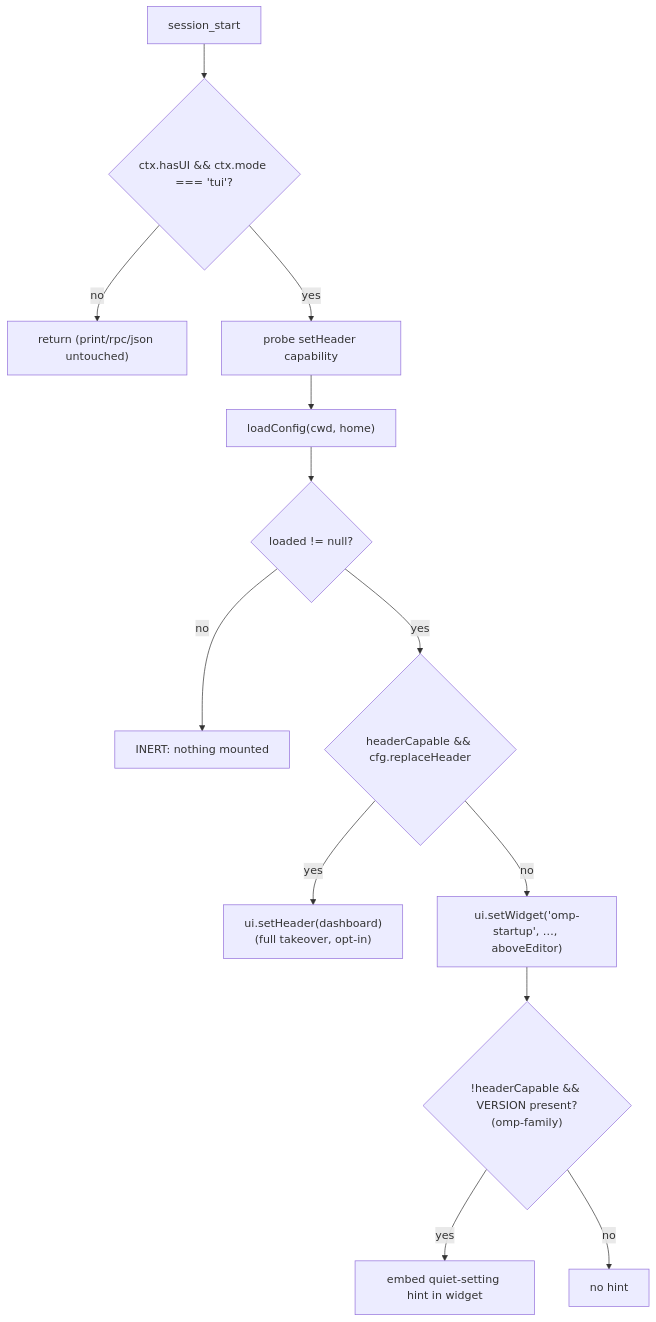
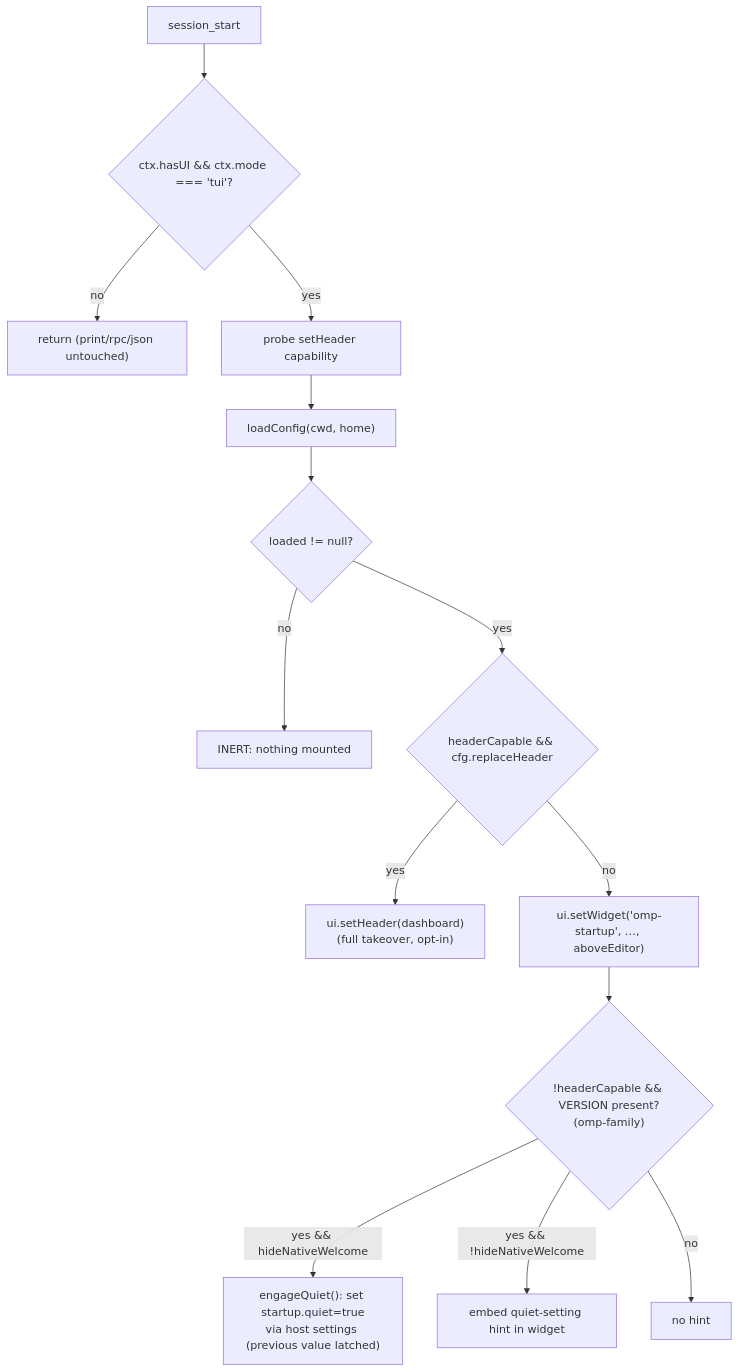
The second of 5 diagrams in docs/ARCHITECTURE.md (zhulinchng/omp-startup), drawn with Mermaid before and after one commit. The commit also changed other lines of this file and 10 other files, not shown here.

````diff
--- a/docs/ARCHITECTURE.md
+++ b/docs/ARCHITECTURE.md
@@ -111,15 +115,16 @@
 ```mermaid
 flowchart TD
     A["session_start"] --> B{"ctx.hasUI && ctx.mode === 'tui'?"}
     B -- no --> Z["return (print/rpc/json untouched)"]
     B -- yes --> C["probe setHeader capability"]
     C --> D["loadConfig(cwd, home)"]
     D --> E{"loaded != null?"}
     E -- no --> Z2["INERT: nothing mounted"]
     E -- yes --> F{"headerCapable && cfg.replaceHeader"}
     F -- yes --> G["ui.setHeader(dashboard)<br/>(full takeover, opt-in)"]
     F -- no --> H["ui.setWidget('omp-startup', …, aboveEditor)"]
     H --> I{"!headerCapable && VERSION present?<br/>(omp-family)"}
-    I -- yes --> J["embed quiet-setting hint in widget"]
+    I -- "yes && hideNativeWelcome" --> J2["engageQuiet(): set startup.quiet=true<br/>via host settings (previous value latched)"]
+    I -- "yes && !hideNativeWelcome" --> J["embed quiet-setting hint in widget"]
     I -- no --> K["no hint"]
 ```
````
